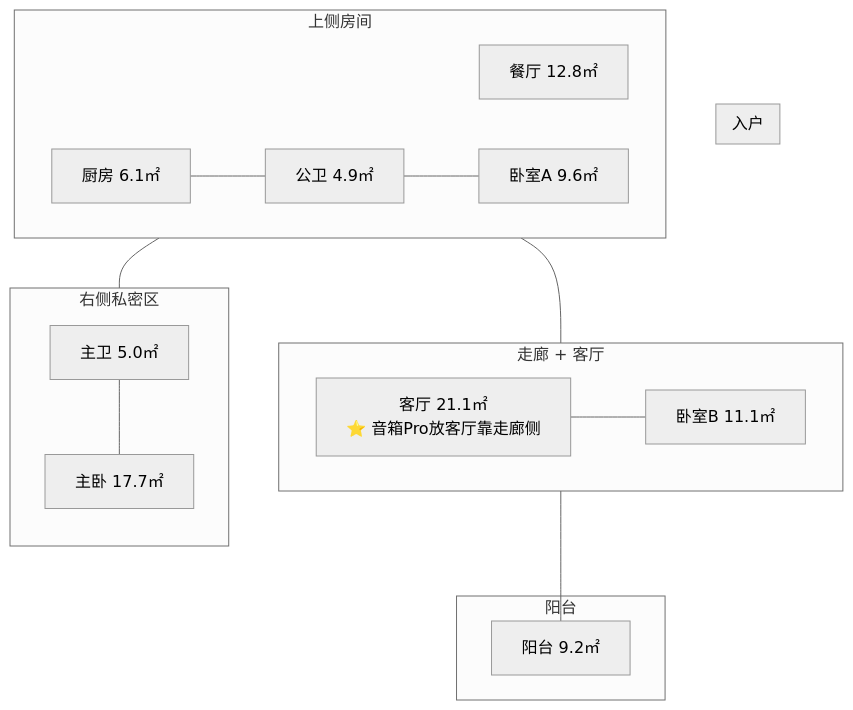
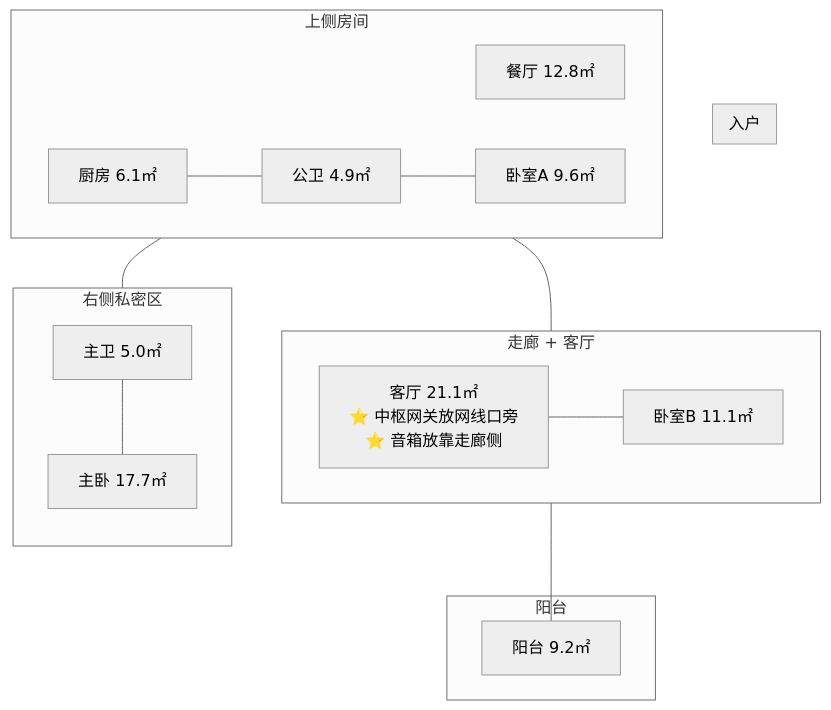
Before and after one commit to csh1314/home-smart: the third of 4 diagrams in docs/01-architecture.md, drawn with Mermaid (neutral theme). The commit also changed other lines of this file and 1 other file, not shown here.

````diff
--- a/docs/01-architecture.md
+++ b/docs/01-architecture.md
@@ -172,38 +175,38 @@
 ```mermaid
 graph TD
     subgraph 入户
         direction LR
     end
 
     subgraph 上侧["上侧房间"]
         direction LR
         DR["餐厅 12.8㎡"]
         KT["厨房 6.1㎡"]
         PBath["公卫 4.9㎡"]
         BRA["卧室A 9.6㎡"]
     end
 
     subgraph 中间["走廊 + 客厅"]
         direction LR
-        LR["客厅 21.1㎡<br/>⭐ 音箱Pro放客厅靠走廊侧"]
+        LR["客厅 21.1㎡<br/>⭐ 中枢网关放网线口旁<br/>⭐ 音箱放靠走廊侧"]
         BRB["卧室B 11.1㎡"]
     end
 
     subgraph 右侧["右侧私密区"]
         direction TB
         MBath["主卫 5.0㎡"]
         MBR["主卧 17.7㎡"]
     end
 
     subgraph 下侧["阳台"]
         BL["阳台 9.2㎡"]
     end
 
     DR --- LR
     KT --- PBath
     PBath --- BRA
     LR --- BRB
     BRA --- MBath
     MBath --- MBR
     LR --- BL
 ```
````
